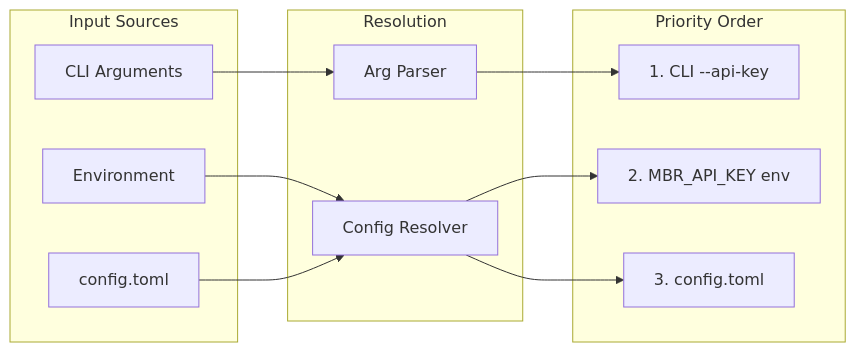
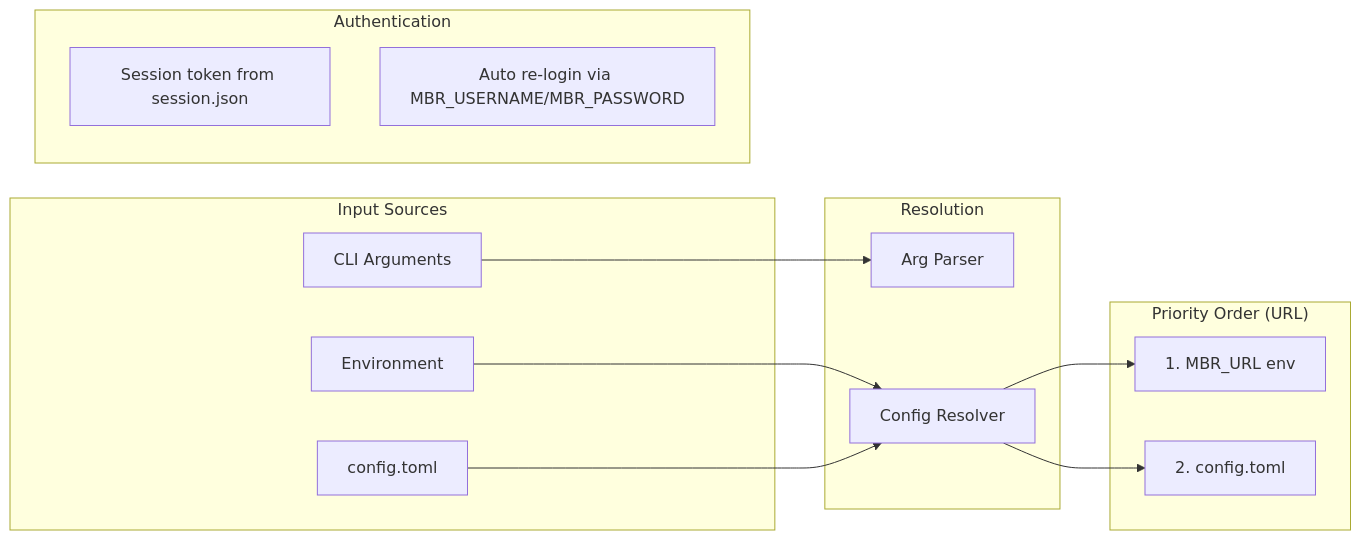
One commit to daisuke8000/mbr-cli changed the seventh of 8 diagrams in ARCHITECTURE.md. Above: the diagram before and after it, drawn with Mermaid. The commit also changed other lines of this file and 1 other file, not shown here.

First line of the commit message:
docs: align CLAUDE.md and ARCHITECTURE.md with session authentication (#74)

````diff
--- a/ARCHITECTURE.md
+++ b/ARCHITECTURE.md
@@ -165,27 +206,30 @@
 ```mermaid
 flowchart LR
     subgraph Input["Input Sources"]
         CLI_Args[CLI Arguments]
         Env[Environment]
         TOML[config.toml]
     end
 
     subgraph Resolution["Resolution"]
         Parser[Arg Parser]
         Resolver[Config Resolver]
     end
 
-    subgraph Priority["Priority Order"]
-        P1[1. CLI --api-key]
-        P2[2. MBR_API_KEY env]
-        P3[3. config.toml]
+    subgraph Priority["Priority Order (URL)"]
+        P1[1. MBR_URL env]
+        P2[2. config.toml]
+    end
+
+    subgraph Auth["Authentication"]
+        S1[Session token from session.json]
+        S2[Auto re-login via MBR_USERNAME/MBR_PASSWORD]
     end
 
     CLI_Args --> Parser
     Env --> Resolver
     TOML --> Resolver
 
-    Parser --> P1
+    Resolver --> P1
     Resolver --> P2
-    Resolver --> P3
 ```
````
